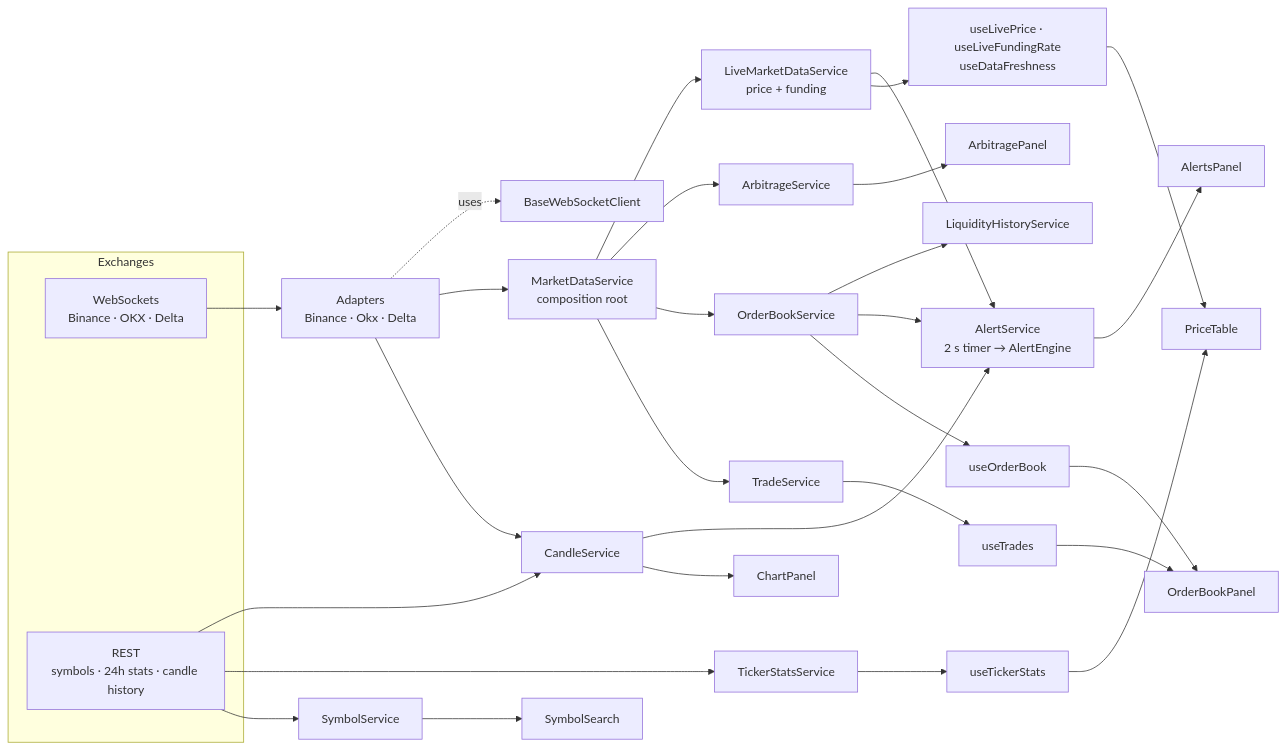
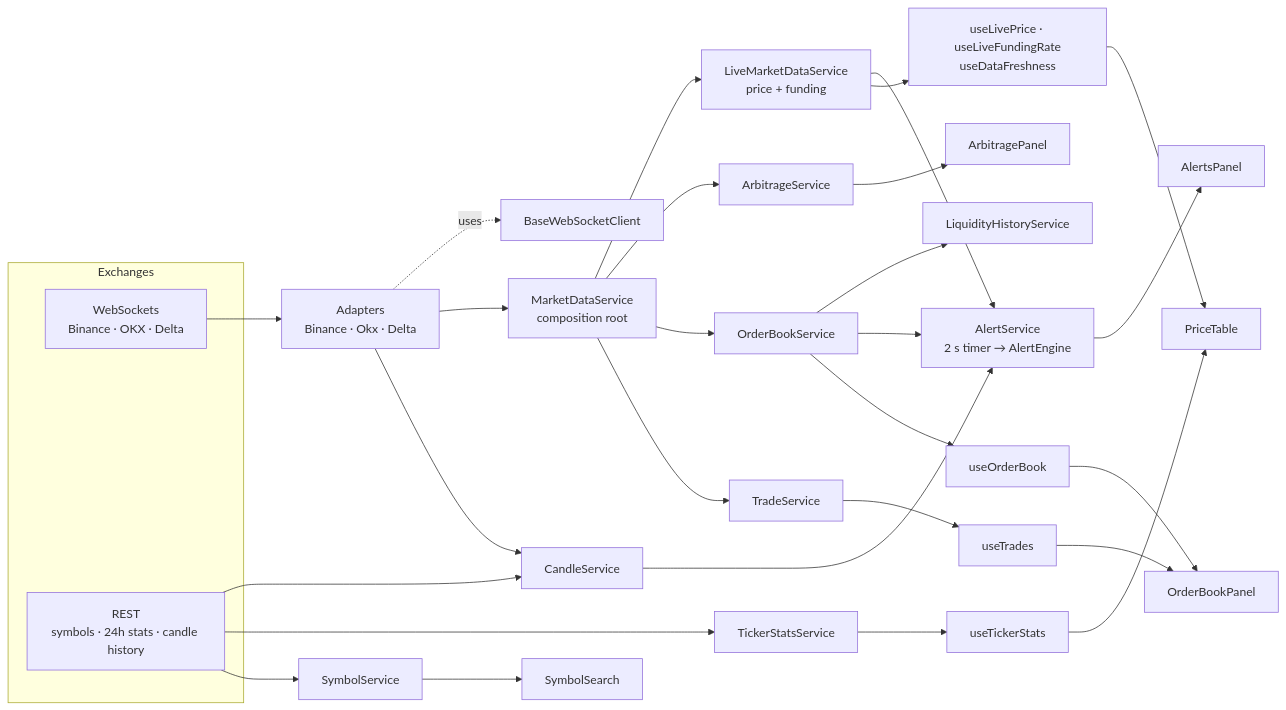
The diagram in docs/context/PROJECT_MAP.md (ADITYAGPT11/crypto_dashboard), drawn with Mermaid before and after one commit. The commit also changed other lines of this file and 45 other files, not shown here.

````diff
--- a/docs/context/PROJECT_MAP.md
+++ b/docs/context/PROJECT_MAP.md
@@ -12,32 +12,31 @@
 ```mermaid
 flowchart LR
   subgraph EX[Exchanges]
     WS["WebSockets<br/>Binance · OKX · Delta"]
     REST["REST<br/>symbols · 24h stats · candle history"]
   end
 
   WS --> AD["Adapters<br/>Binance · Okx · Delta"]
   AD -. uses .-> WSC["BaseWebSocketClient"]
   AD --> MDS["MarketDataService<br/>composition root"]
 
   MDS --> LIVE["LiveMarketDataService<br/>price + funding"]
   MDS --> ARB["ArbitrageService"]
   MDS --> OB["OrderBookService"]
   MDS --> TR["TradeService"]
   AD --> CS["CandleService"]
   REST --> CS
   REST --> TS["TickerStatsService"]
   REST --> SS["SymbolService"]
   OB --> LH["LiquidityHistoryService"]
 
   LIVE & CS & OB --> AL["AlertService<br/>2 s timer → AlertEngine"]
 
   LIVE --> H1["useLivePrice · useLiveFundingRate<br/>useDataFreshness"] --> PT["PriceTable"]
   TS --> H2["useTickerStats"] --> PT
-  CS --> CH["ChartPanel"]
   OB --> H3["useOrderBook"] --> OBP["OrderBookPanel"]
   TR --> H4["useTrades"] --> OBP
   ARB --> AP["ArbitragePanel"]
   AL --> ALP["AlertsPanel"]
   SS --> SRCH["SymbolSearch"]
 ```
````
